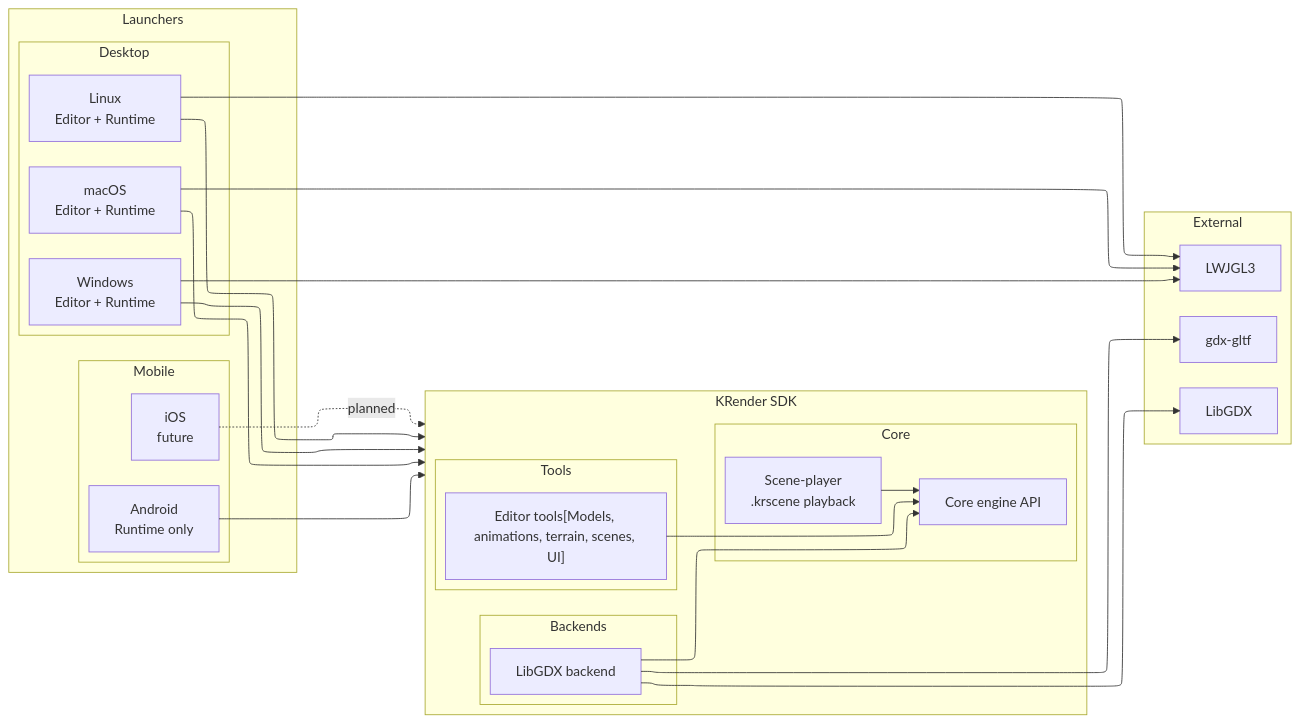
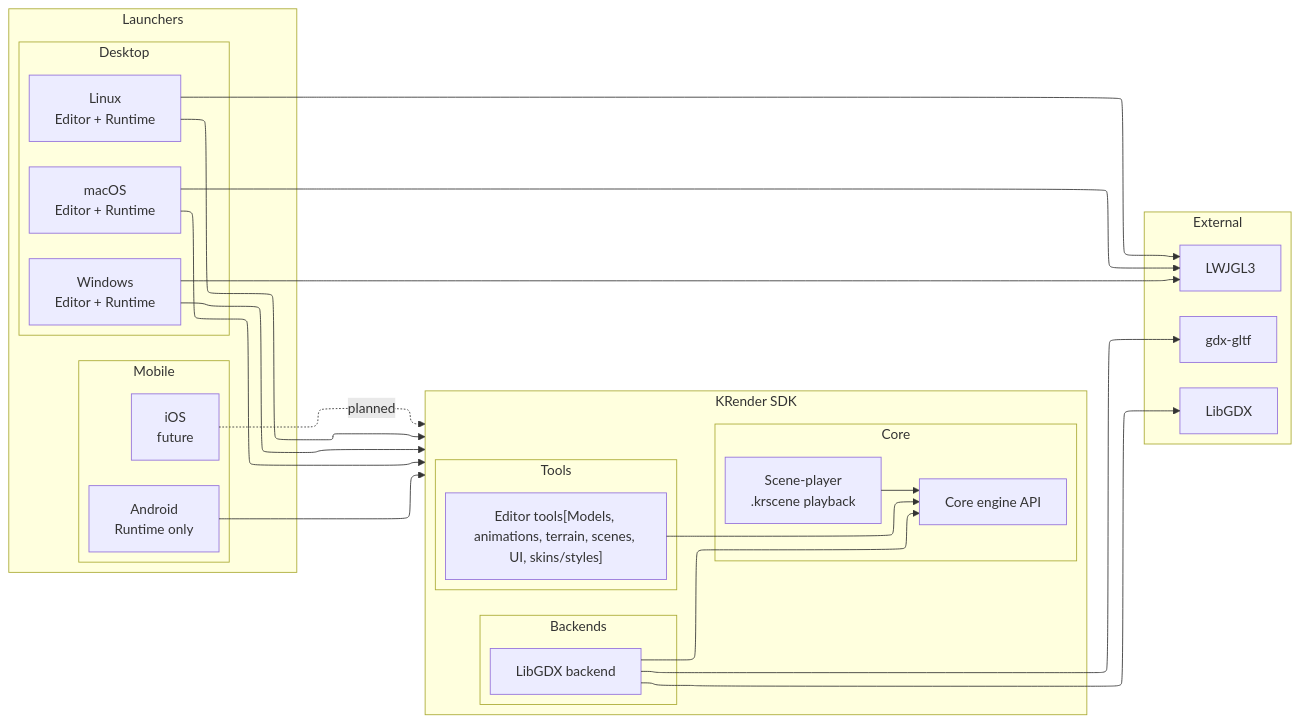
The diagram in README.md (Dmytro-Pashko/KRender), drawn with Mermaid before and after one commit. The commit also changed other lines of this file and 4 other files, not shown here.

````diff
--- a/README.md
+++ b/README.md
@@ -46,51 +46,51 @@
 ```mermaid
 ---
 config:
   layout: elk
 ---
 flowchart LR
     subgraph Desktop["Desktop"]
         Win["Windows\nEditor + Runtime"]
         Mac["macOS\nEditor + Runtime"]
         Linux["Linux\nEditor + Runtime"]
     end
     subgraph Mobile["Mobile"]
         Android["Android\nRuntime only"]
         IOS["iOS\nfuture"]
     end
     subgraph Launchers["Launchers"]
         direction TB
         Desktop
         Mobile
     end
     subgraph RuntimeCore["Core"]
         Core["Core engine API"]
         ScenePlayer["Scene-player\n.krscene playback"]
     end
     subgraph SDKTools["Tools"]
-        Tools["Editor tools[Models, animations, terrain, scenes, UI]"]
+        Tools["Editor tools[Models, animations, terrain, scenes, UI, skins/styles]"]
     end
     subgraph BackendComponent["Backends"]
         Backend["LibGDX backend"]
     end
     subgraph SDK["KRender SDK"]
         BackendComponent
         RuntimeCore
         SDKTools
 
     end
     subgraph External["External"]
         LibGDX["LibGDX"]
         GLTF["gdx-gltf"]
         LWJGL["LWJGL3"]
     end
     Win --> SDK & LWJGL
     Mac --> SDK & LWJGL
     Linux --> SDK & LWJGL
     Android --> SDK
     IOS -. planned .-> SDK
     Backend --> Core & GLTF
     ScenePlayer --> Core
     Tools --> Core
     Backend --> LibGDX
 ```
````
